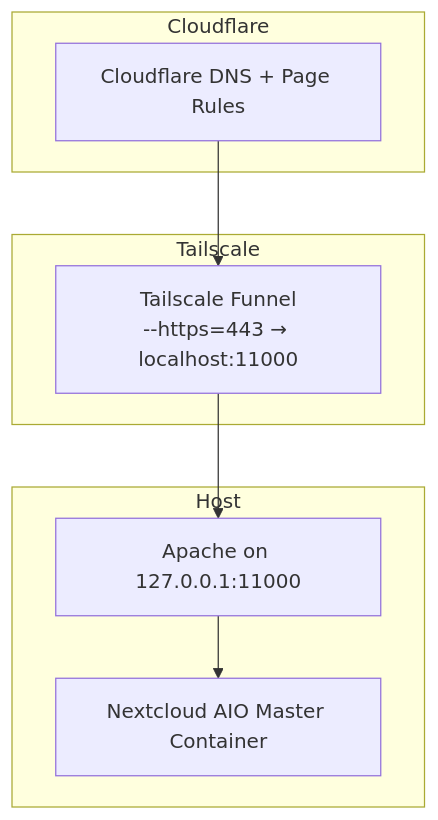
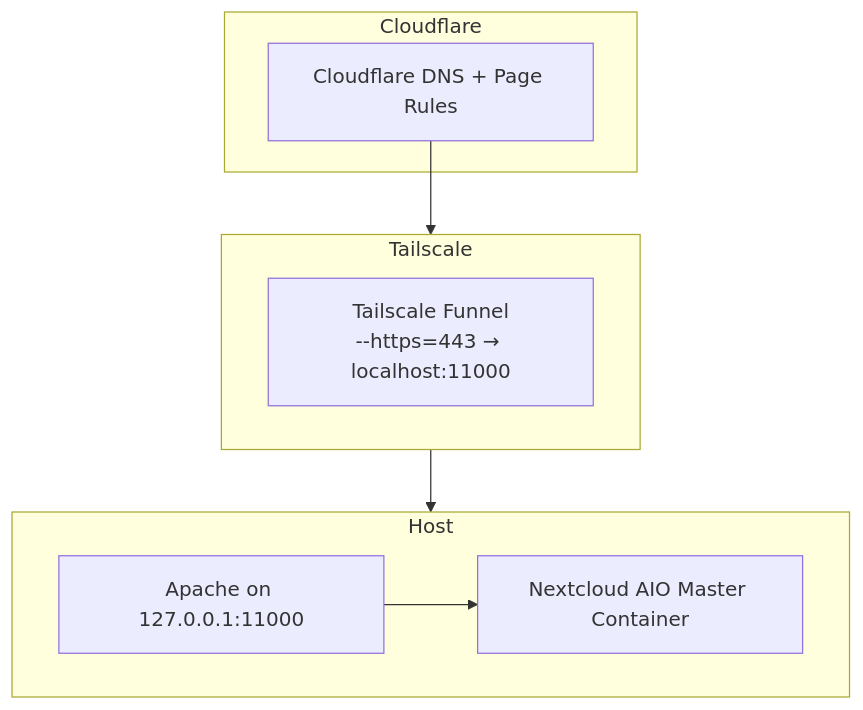
One commit to KarlBelanger/karlbelanger.github.io changed the diagram in projects/nextcloud-aio-project.md. Above: the diagram before and after it, drawn with Mermaid.

Commit message:
Fix the actual cause of arrows crossing subgraph titles in the diagram
The previous fix (subGraphTitleMargin) didn't work: I re-verified after
deploying it, in a clean tab that had never rendered the diagram
before, using bounding-box measurements rather than eyeballing a
screenshot. The margin option only adds spacing between a subgraph's
title and its own bottom border / contained nodes - it doesn't stop an
edge arriving from outside the subgraph. Since CF->TSF and TSF->AP were
wired directly to the single node inside each subgraph, and that node
sits horizontally centered under the subgraph's title, the connecting
line is a straight vertical segment that unavoidably passes through
the title's exact position no matter how much margin is added - the
title sits directly between the line's start and end points.

Fix: connect to the subgraph itself (CF --> Tailscale, Tailscale -->
Host) instead of the node inside it. Mermaid terminates the arrow at
the cluster's own border in that case, so it never enters the label
area at all. Confirmed via getBoundingClientRect() on the rendered SVG
that both edges now stop ~15px above their target labels.

```diff
--- a/projects/nextcloud-aio-project.md
+++ b/projects/nextcloud-aio-project.md
@@ -41,17 +41,19 @@
 <div class="mermaid">
 flowchart TD
     subgraph Cloudflare
         CF[Cloudflare DNS + Page Rules]
     end
 
     subgraph Tailscale
         TSF[Tailscale Funnel<br/>--https=443 → localhost:11000]
     end
 
     subgraph Host
         AP[Apache on 127.0.0.1:11000]
         AIO[Nextcloud AIO Master Container]
     end
 
-    CF --> TSF --> AP --> AIO
+    CF --> Tailscale
+    Tailscale --> Host
+    AP --> AIO
 </div>
```
